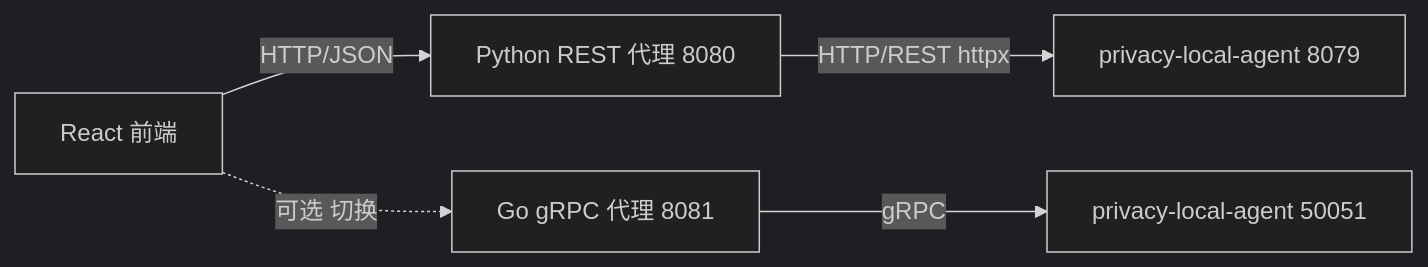
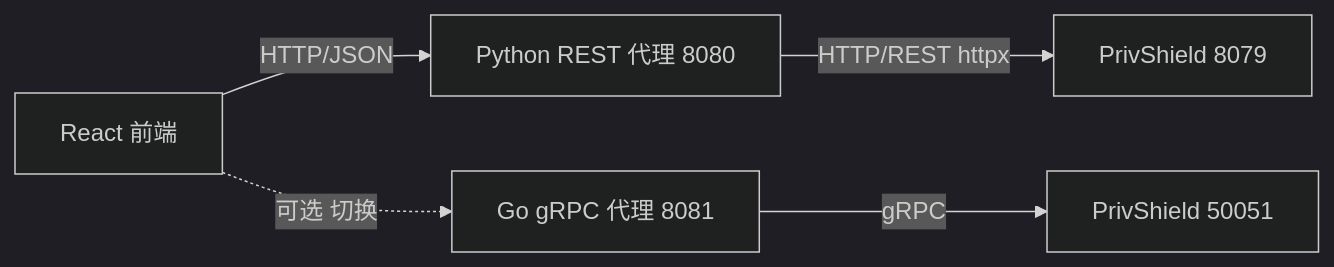
Before and after one commit to fengzhizi319/PrivShield: the diagram in console/backend/docs/ops.md, drawn with Mermaid (dark theme). The commit also changed other lines of this file and 393 other files, not shown here.

Commit message:
refactor(brand): 全面将 privacy_local_agent 迁移升级为 PrivShield

````diff
--- a/console/backend/docs/ops.md
+++ b/console/backend/docs/ops.md
@@ -31,7 +31,7 @@
 ```mermaid
 graph LR
     A[React 前端] -->|HTTP/JSON| B[Python REST 代理 8080]
-    B -->|HTTP/REST httpx| C[privacy-local-agent 8079]
+    B -->|HTTP/REST httpx| C[PrivShield 8079]
     A -.->|可选 切换| D[Go gRPC 代理 8081]
-    D -->|gRPC| E[privacy-local-agent 50051]
+    D -->|gRPC| E[PrivShield 50051]
 ```
````
